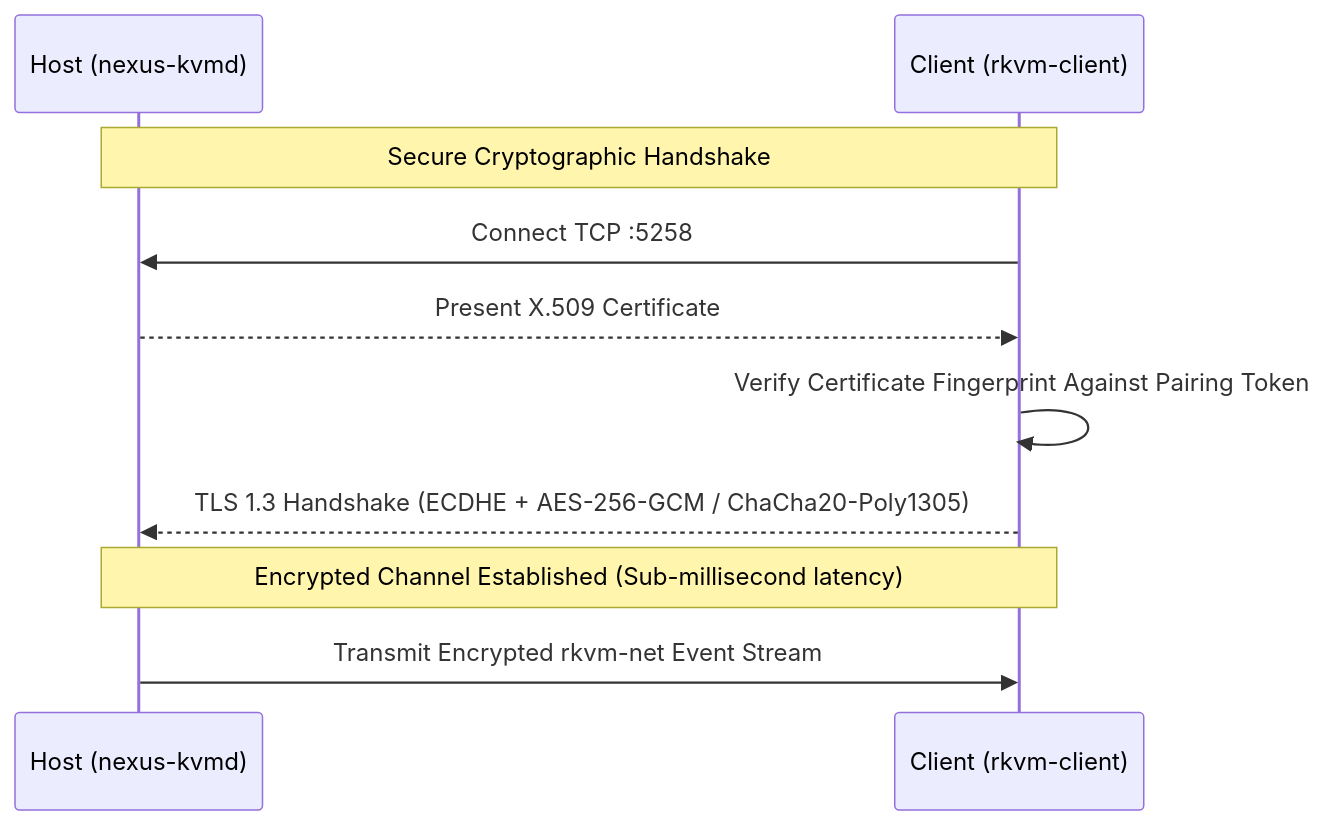
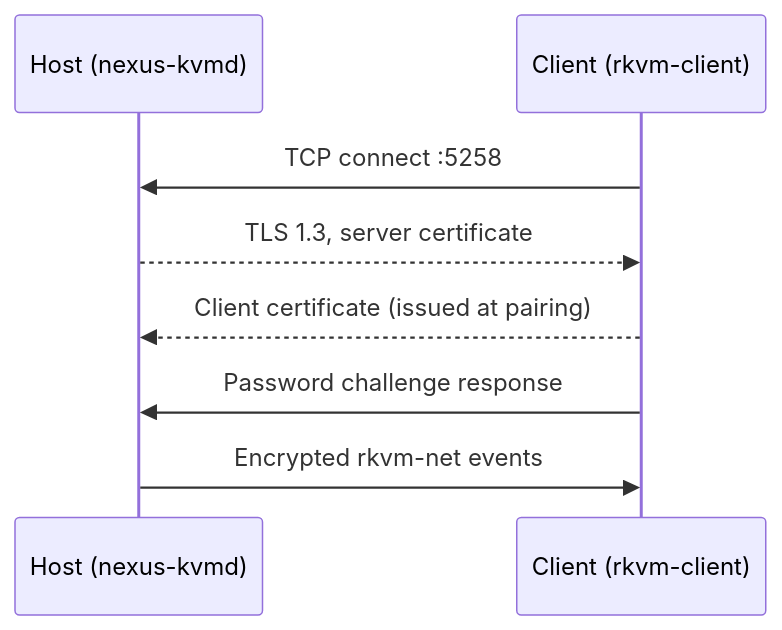
The diagram in docs/guide/firewall-and-network.md (jigonzalez930209/NexusKVM), drawn with Mermaid before and after one commit. The commit also changed other lines of this file and 4 other files, not shown here.

````diff
--- a/docs/guide/firewall-and-network.md
+++ b/docs/guide/firewall-and-network.md
@@ -74,13 +49,11 @@
 ```mermaid
 sequenceDiagram
     participant Host as Host (nexus-kvmd)
     participant Client as Client (rkvm-client)
 
-    Note over Host,Client: Secure Cryptographic Handshake
-    Client->>Host: Connect TCP :5258
-    Host-->>Client: Present X.509 Certificate
-    Client->>Client: Verify Certificate Fingerprint Against Pairing Token
-    Client-->>Host: TLS 1.3 Handshake (ECDHE + AES-256-GCM / ChaCha20-Poly1305)
-    Note over Host,Client: Encrypted Channel Established (Sub-millisecond latency)
-    Host->>Client: Transmit Encrypted rkvm-net Event Stream
+    Client->>Host: TCP connect :5258
+    Host-->>Client: TLS 1.3, server certificate
+    Client-->>Host: Client certificate (issued at pairing)
+    Client->>Host: Password challenge response
+    Host->>Client: Encrypted rkvm-net events
 ```
````
